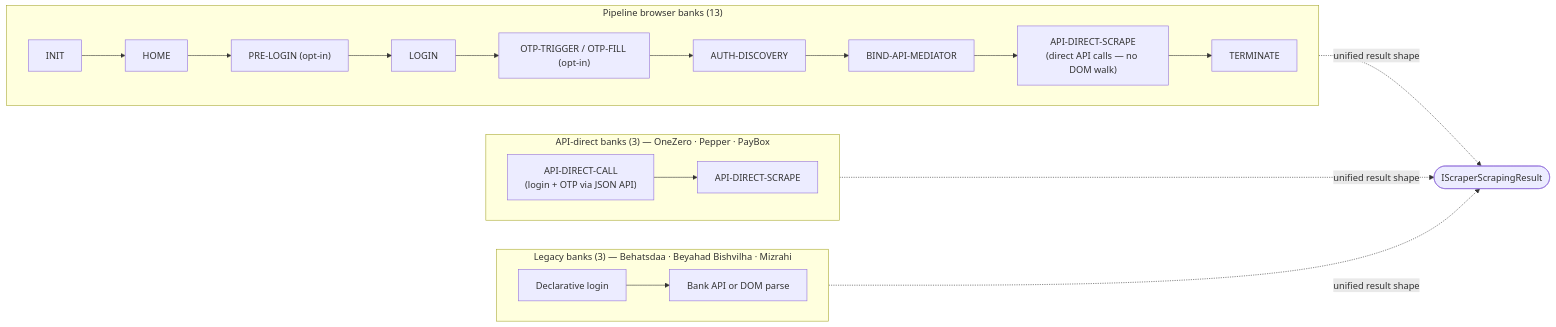
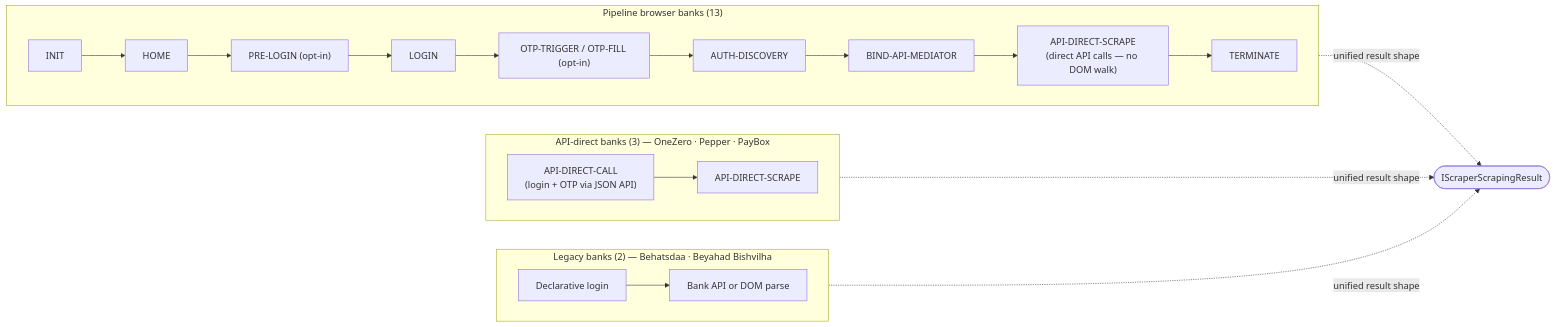
One commit to sergienko4/israeli-bank-scrapers changed the diagram in README.md. Above: the diagram before and after it, drawn with Mermaid. The commit also changed other lines of this file and 7 other files, not shown here.

First line of the commit message:
docs(mizrahi): mark legacy scraper removed

````diff
--- a/README.md
+++ b/README.md
@@ -381,27 +382,27 @@
 ```mermaid
 flowchart LR
     subgraph BB["Pipeline browser banks (13)"]
       direction LR
       INIT --> HOME --> PRELOGIN["PRE-LOGIN (opt-in)"]
       PRELOGIN --> LOGIN
       LOGIN --> OTP["OTP-TRIGGER / OTP-FILL (opt-in)"]
       OTP --> AUTH["AUTH-DISCOVERY"]
       AUTH --> BIND["BIND-API-MEDIATOR"]
       BIND --> SCRAPE["API-DIRECT-SCRAPE<br/>(direct API calls — no DOM walk)"]
       SCRAPE --> TERM["TERMINATE"]
     end
 
     subgraph API["API-direct banks (3) — OneZero · Pepper · PayBox"]
       direction LR
       CALL["API-DIRECT-CALL<br/>(login + OTP via JSON API)"] --> SCR["API-DIRECT-SCRAPE"]
     end
 
-    subgraph LEG["Legacy banks (3) — Behatsdaa · Beyahad Bishvilha · Mizrahi"]
+    subgraph LEG["Legacy banks (2) — Behatsdaa · Beyahad Bishvilha"]
       direction LR
       LLOGIN["Declarative login"] --> LFETCH["Bank API or DOM parse"]
     end
 
     BB -.->|"unified result shape"| RESULT(["IScraperScrapingResult"])
     API -.->|"unified result shape"| RESULT
     LEG -.->|"unified result shape"| RESULT
 ```
````
